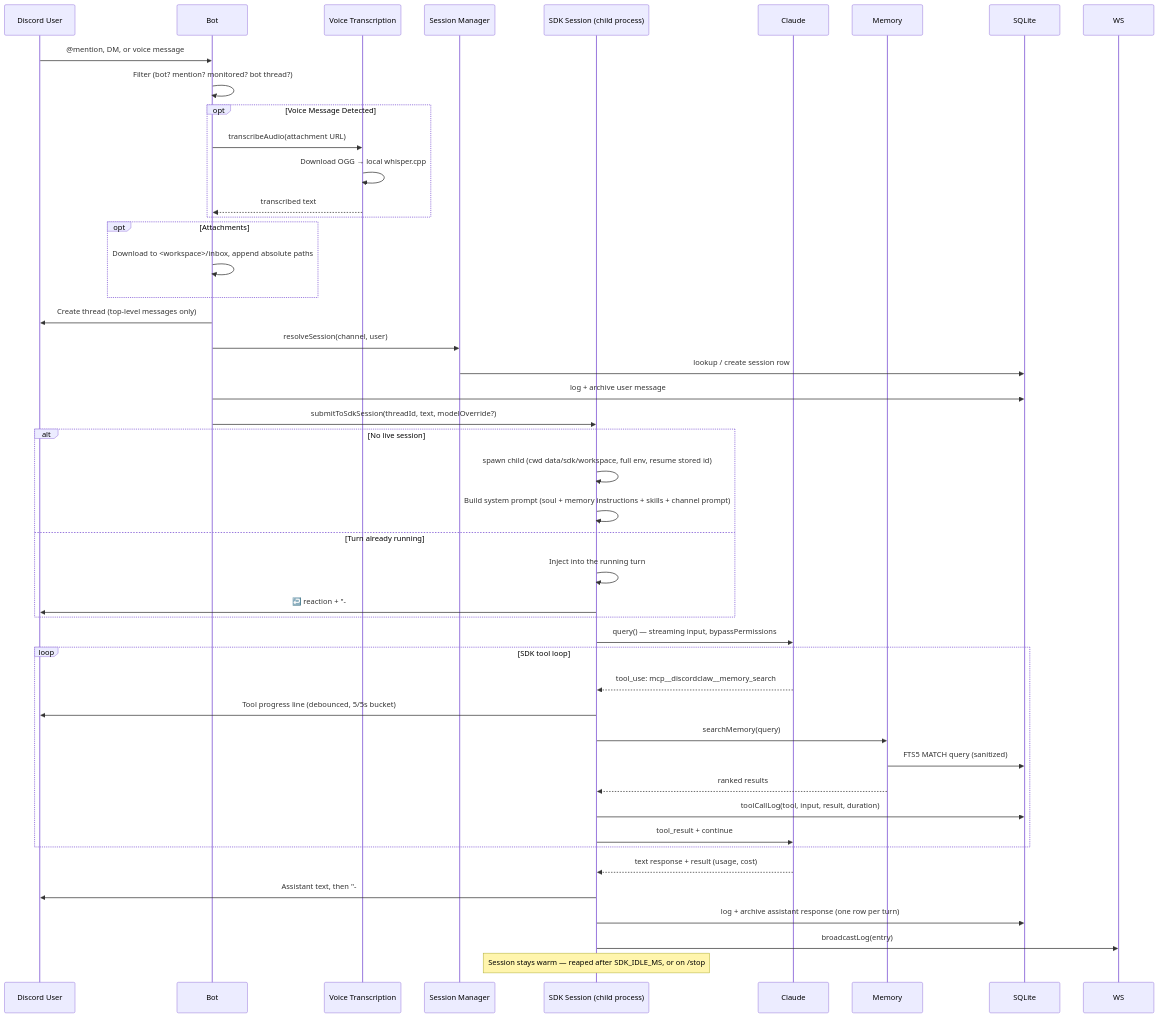
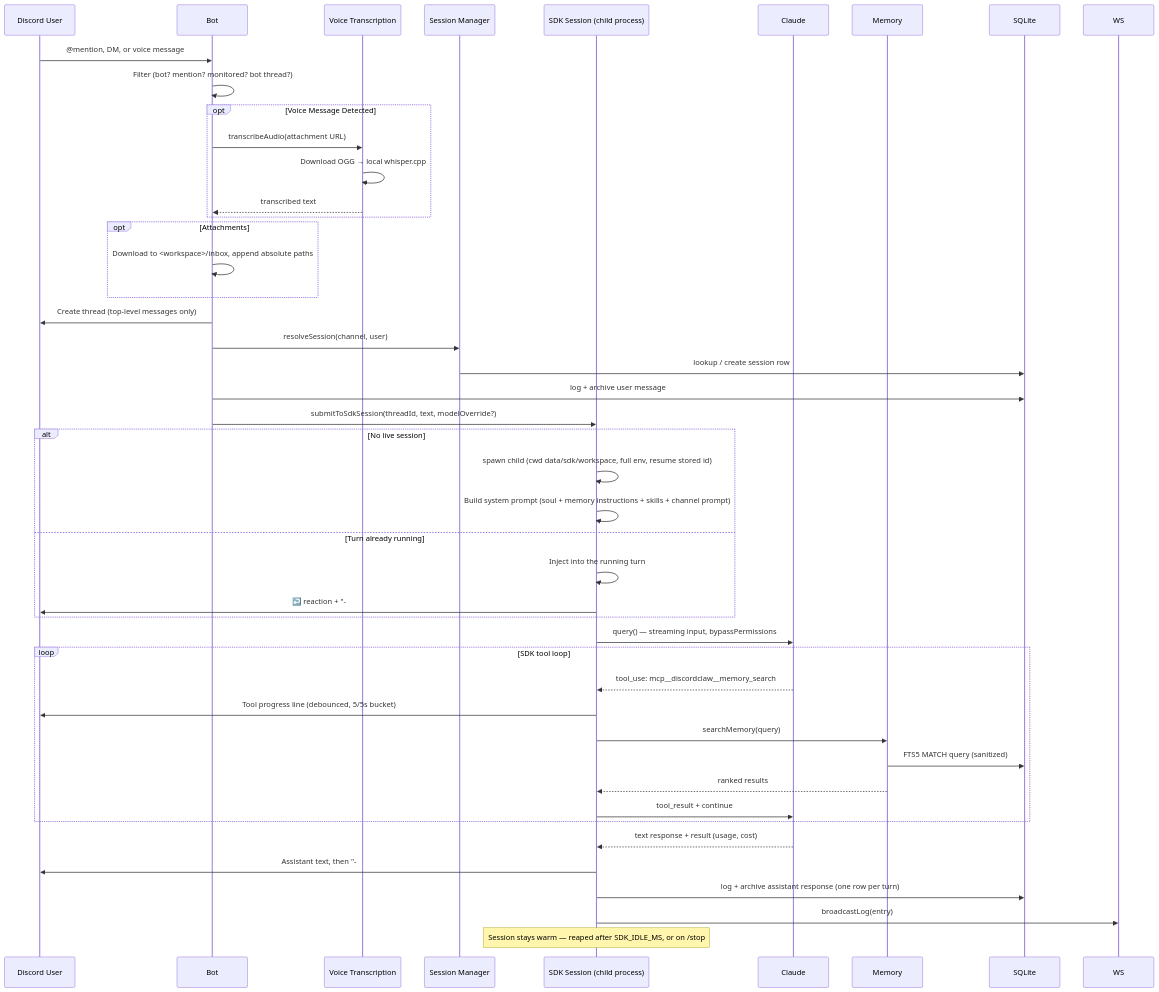
One commit to NaichuanZhang/disclaw changed the second of 5 diagrams in README.md. Above: the diagram before and after it, drawn with Mermaid. The commit also changed other lines of this file and 54 other files, not shown here.

Commit message:
feat(evolution): Deprecate unused voice/coach, registry, artifacts, NeMo/OpenAI transcription, tool_call_log, dead daemon rollback, stale metrics, framer-motion; keep duplex voice skeleton (#170)

````diff
--- a/README.md
+++ b/README.md
@@ -418,58 +373,57 @@
 ```mermaid
 sequenceDiagram
     participant U as Discord User
     participant B as Bot
     participant V as Voice Transcription
     participant S as Session Manager
     participant K as SDK Session (child process)
     participant C as Claude
     participant M as Memory
     participant DB as SQLite
 
     U->>B: @mention, DM, or voice message
     B->>B: Filter (bot? mention? monitored? bot thread?)
 
     opt Voice Message Detected
         B->>V: transcribeAudio(attachment URL)
         V->>V: Download OGG → local whisper.cpp
         V-->>B: transcribed text
     end
 
     opt Attachments
         B->>B: Download to <workspace>/inbox, append absolute paths
     end
 
     B->>U: Create thread (top-level messages only)
     B->>S: resolveSession(channel, user)
     S->>DB: lookup / create session row
     B->>DB: log + archive user message
 
     B->>K: submitToSdkSession(threadId, text, modelOverride?)
 
     alt No live session
         K->>K: spawn child (cwd data/sdk/workspace, full env, resume stored id)
         K->>K: Build system prompt (soul + memory instructions + skills + channel prompt)
     else Turn already running
         K->>K: Inject into the running turn
         K->>U: ↩️ reaction + "-# steered <tool>" marker
     end
 
     K->>C: query() — streaming input, bypassPermissions
 
     loop SDK tool loop
         C-->>K: tool_use: mcp__discordclaw__memory_search
         K->>U: Tool progress line (debounced, 5/5s bucket)
         K->>M: searchMemory(query)
         M->>DB: FTS5 MATCH query (sanitized)
         M-->>K: ranked results
-        K->>DB: toolCallLog(tool, input, result, duration)
         K->>C: tool_result + continue
     end
 
     C-->>K: text response + result (usage, cost)
     K->>U: Assistant text, then "-# 📊" usage footer
     K->>DB: log + archive assistant response (one row per turn)
     K->>WS: broadcastLog(entry)
 
     Note over K: Session stays warm — reaped after SDK_IDLE_MS, or on /stop
 ```
````
